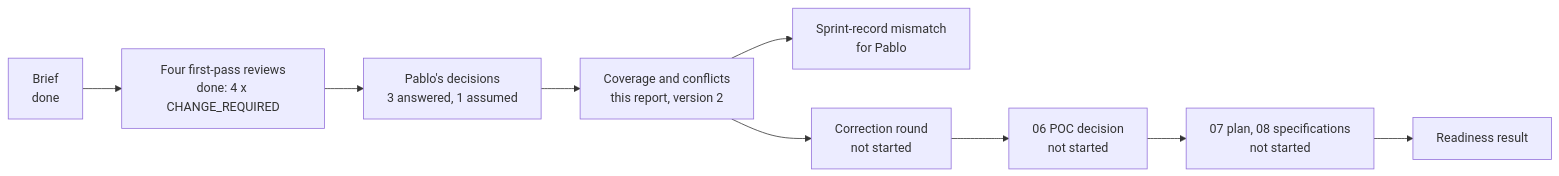
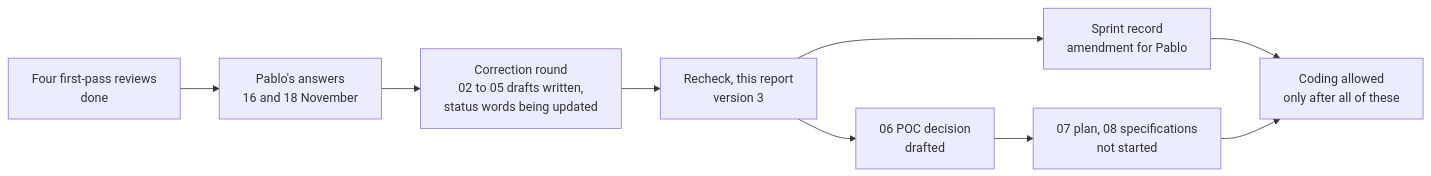
One commit to Elustondo-ai/alice.good.meetings changed the diagram in docs/asdg/07-planning/03.7-sprint-003-alignment-report.md. Above: the diagram before and after it, drawn with Mermaid. The commit also changed other lines of this file and 34 other files, not shown here.

First line of the commit message:
SPRINT-003 correction round: stages 02-05 and 07 drafts, create-team name-sort, kit ignore

````diff
--- a/docs/asdg/07-planning/03.7-sprint-003-alignment-report.md
+++ b/docs/asdg/07-planning/03.7-sprint-003-alignment-report.md
@@ -6,11 +6,11 @@
 ```mermaid
 flowchart LR
-    B["Brief<br/>done"] --> R["Four first-pass reviews<br/>done: 4 x CHANGE_REQUIRED"]
-    R --> D["Pablo's decisions<br/>3 answered, 1 assumed"]
-    D --> C["Coverage and conflicts<br/>this report, version 2"]
-    C --> M["Sprint-record mismatch<br/>for Pablo"]
-    C --> K["Correction round<br/>not started"]
-    K --> P["06 POC decision<br/>not started"]
+    R["Four first-pass reviews<br/>done"] --> D["Pablo's answers<br/>16 and 18 November"]
+    D --> K["Correction round<br/>02 to 05 drafts written,<br/>status words being updated"]
+    K --> C["Recheck, this report<br/>version 3"]
+    C --> M["Sprint record<br/>amendment for Pablo"]
+    C --> P["06 POC decision<br/>drafted"]
     P --> L["07 plan, 08 specifications<br/>not started"]
-    L --> Y["Readiness result"]
+    M --> Y["Coding allowed<br/>only after all of these"]
+    L --> Y
 ```
````
